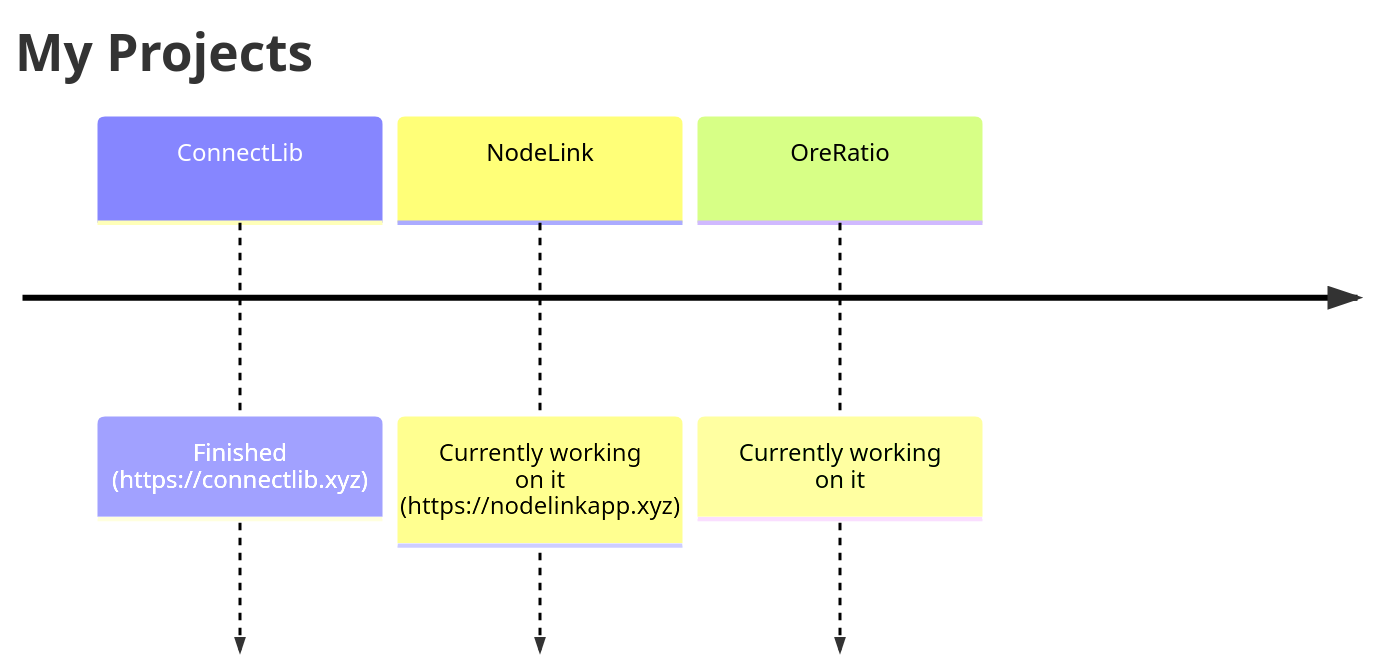
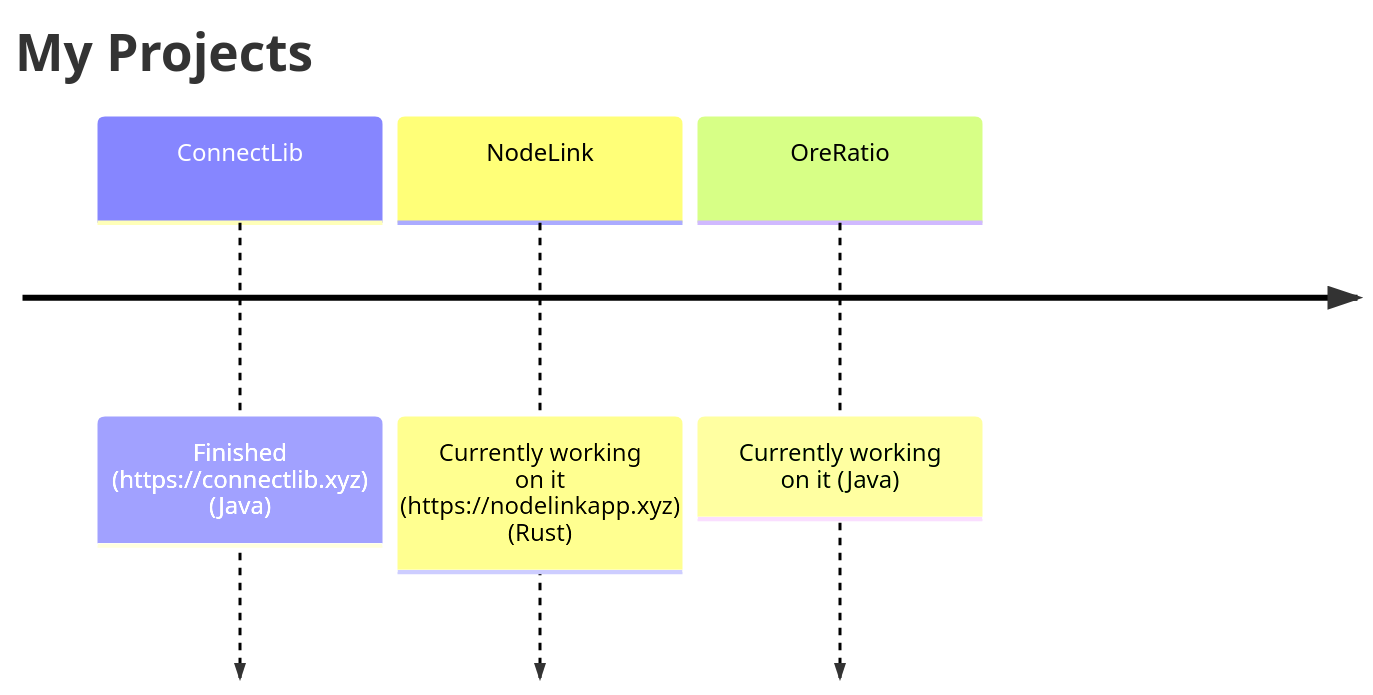
One commit to Sandro642/Sandro642 changed the second of 2 diagrams in README.md. Above: the diagram before and after it, drawn with Mermaid.

Commit message:
Add programming languages to project timeline
Updated project statuses with programming languages.

````diff
--- a/README.md
+++ b/README.md
@@ -16,7 +16,7 @@
 ```mermaid
 timeline
 title My Projects
-ConnectLib : Finished (https://connectlib.xyz)
-NodeLink : Currently working on it (https://nodelinkapp.xyz)
-OreRatio : Currently working on it
+ConnectLib : Finished (https://connectlib.xyz) (Java)
+NodeLink : Currently working on it (https://nodelinkapp.xyz) (Rust)
+OreRatio : Currently working on it (Java)
 ```
````
